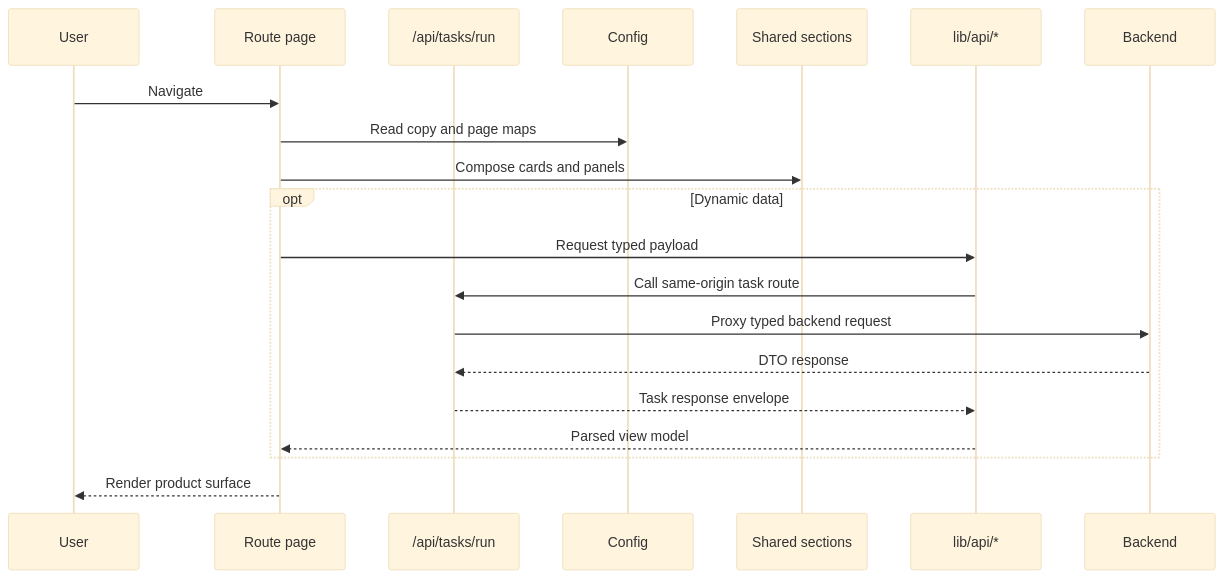
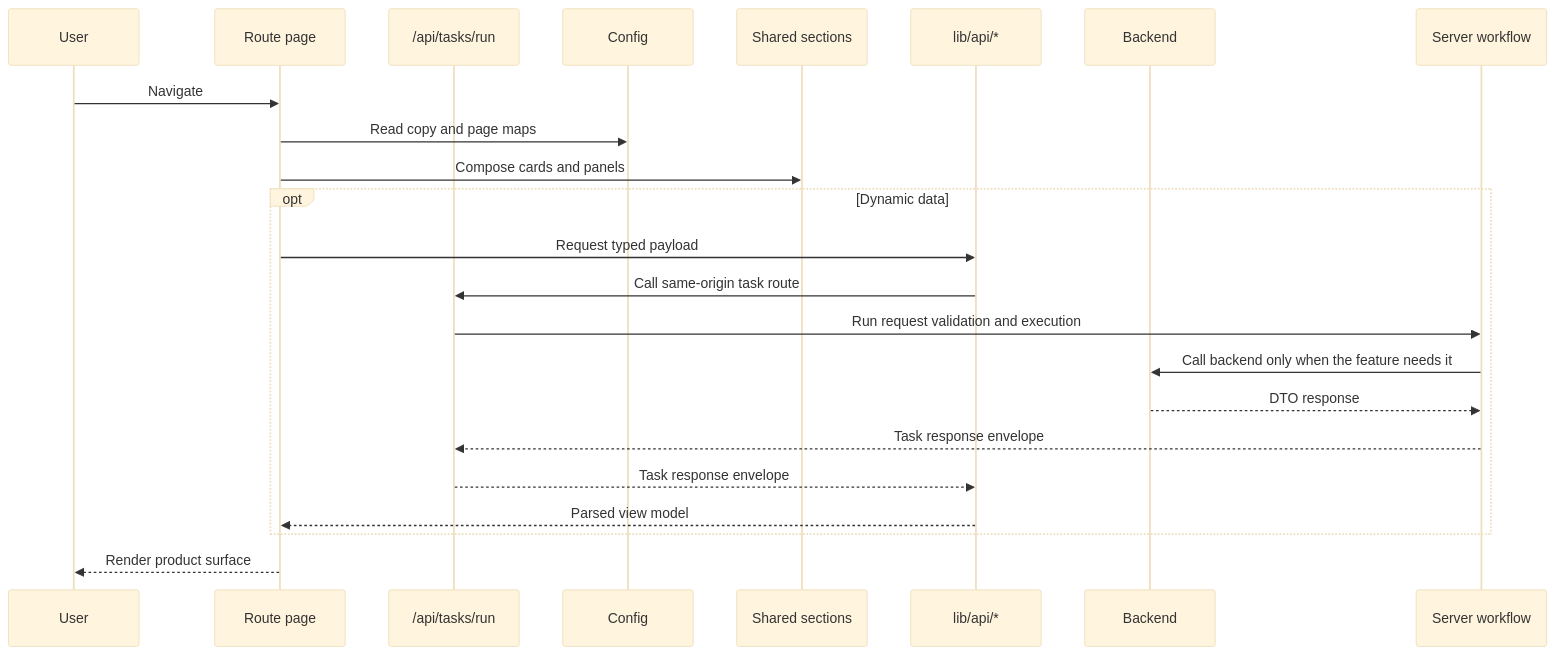
Before and after one commit to eqan/Interfaze-Project: the fifth of 9 diagrams in frontend/ARCHITECTURE.md, drawn with Mermaid (base theme). The commit also changed other lines of this file and 14 other files, not shown here.

````diff
--- a/frontend/ARCHITECTURE.md
+++ b/frontend/ARCHITECTURE.md
@@ -112,23 +115,26 @@
 ```mermaid
 sequenceDiagram
     participant U as User
     participant R as Route page
     participant T as /api/tasks/run
     participant C as Config
-    participant S as Shared sections
+    participant Shared as Shared sections
     participant API as lib/api/*
     participant B as Backend
+    participant Server as Server workflow
 
     U->>R: Navigate
     R->>C: Read copy and page maps
-    R->>S: Compose cards and panels
+    R->>Shared: Compose cards and panels
     opt Dynamic data
         R->>API: Request typed payload
         API->>T: Call same-origin task route
-        T->>B: Proxy typed backend request
-        B-->>T: DTO response
+        T->>Server: Run request validation and execution
+        Server->>B: Call backend only when the feature needs it
+        B-->>Server: DTO response
+        Server-->>T: Task response envelope
         T-->>API: Task response envelope
         API-->>R: Parsed view model
     end
     R-->>U: Render product surface
 ```
````
